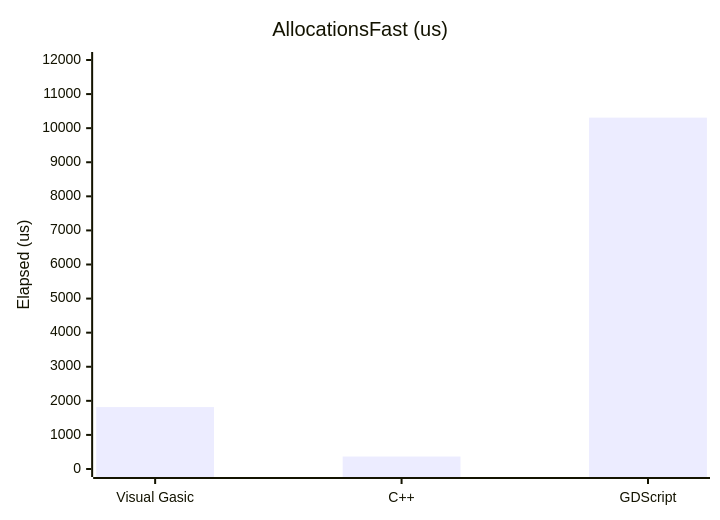
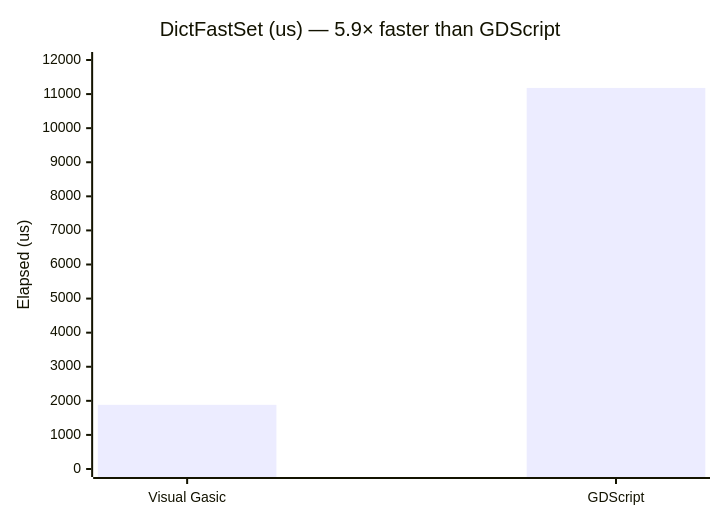
One commit to xgreenrx-star/VisualGasic changed the ninth of 11 diagrams in docs/manual/performance.md. Above: the diagram before and after it, drawn with Mermaid. The commit also changed other lines of this file and 50 other files, not shown here.

````diff
--- a/docs/manual/performance.md
+++ b/docs/manual/performance.md
@@ -155,7 +205,7 @@
 ```mermaid
 xychart-beta
-    title "AllocationsFast (us)"
-    x-axis ["Visual Gasic","C++","GDScript"]
+    title "DictFastSet (us) — 5.9× faster than GDScript"
+    x-axis ["Visual Gasic","GDScript"]
     y-axis "Elapsed (us)" 0 --> 12000
-    bar [1817,366,10309]
+    bar [1883,11180]
 ```
````
